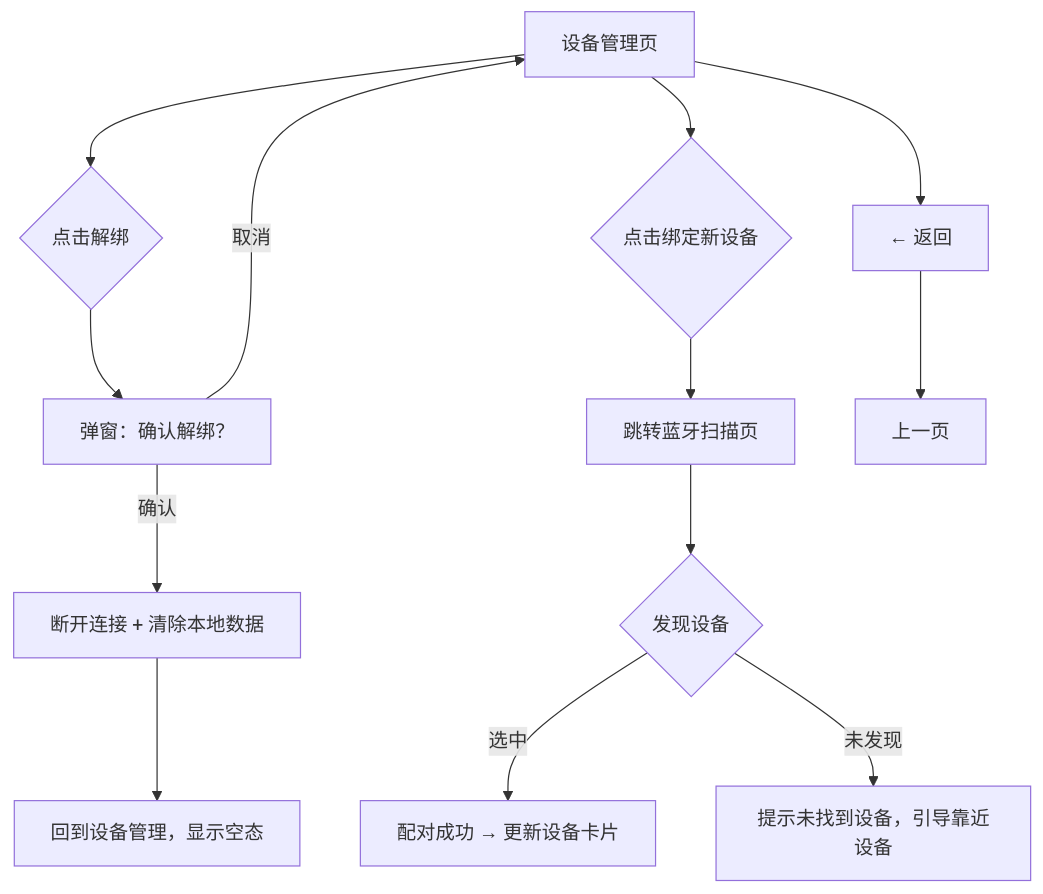
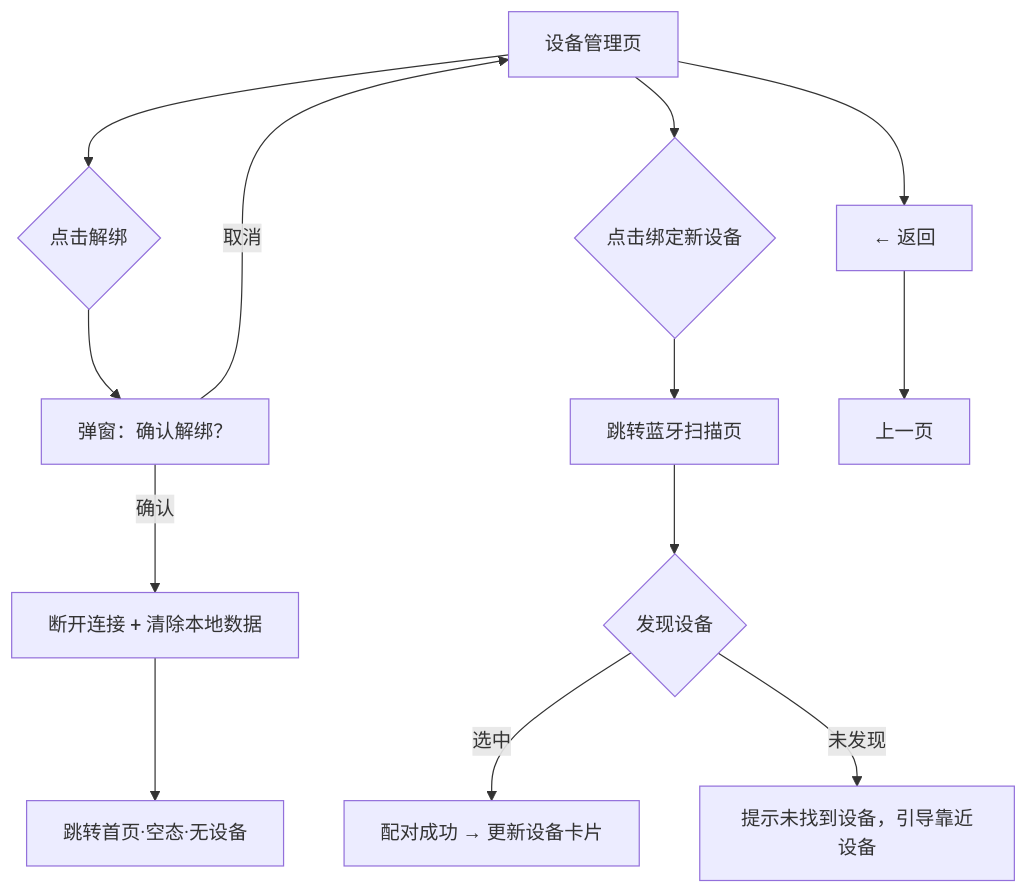
One commit to 924436111/-.skill changed the second of 2 diagrams in PRD/睡眠音响PRD-v7-设备管理.md. Above: the diagram before and after it, drawn with Mermaid. The commit also changed other lines of this file and 20 other files, not shown here.

````diff
--- a/PRD/睡眠音响PRD-v7-设备管理.md
+++ b/PRD/睡眠音响PRD-v7-设备管理.md
@@ -64,17 +145,17 @@
 ```mermaid
 flowchart TD
     A[设备管理页] --> B{点击解绑}
     B --> C[弹窗：确认解绑？]
     C -->|确认| D[断开连接 + 清除本地数据]
-    D --> E[回到设备管理，显示空态]
+    D --> E[跳转首页·空态·无设备]
     C -->|取消| A
     
     A --> F{点击绑定新设备}
     F --> G[跳转蓝牙扫描页]
     G --> H{发现设备}
     H -->|选中| I[配对成功 → 更新设备卡片]
     H -->|未发现| J[提示未找到设备，引导靠近设备]
     
     A --> K[← 返回]
     K --> L[上一页]
 ```
````
